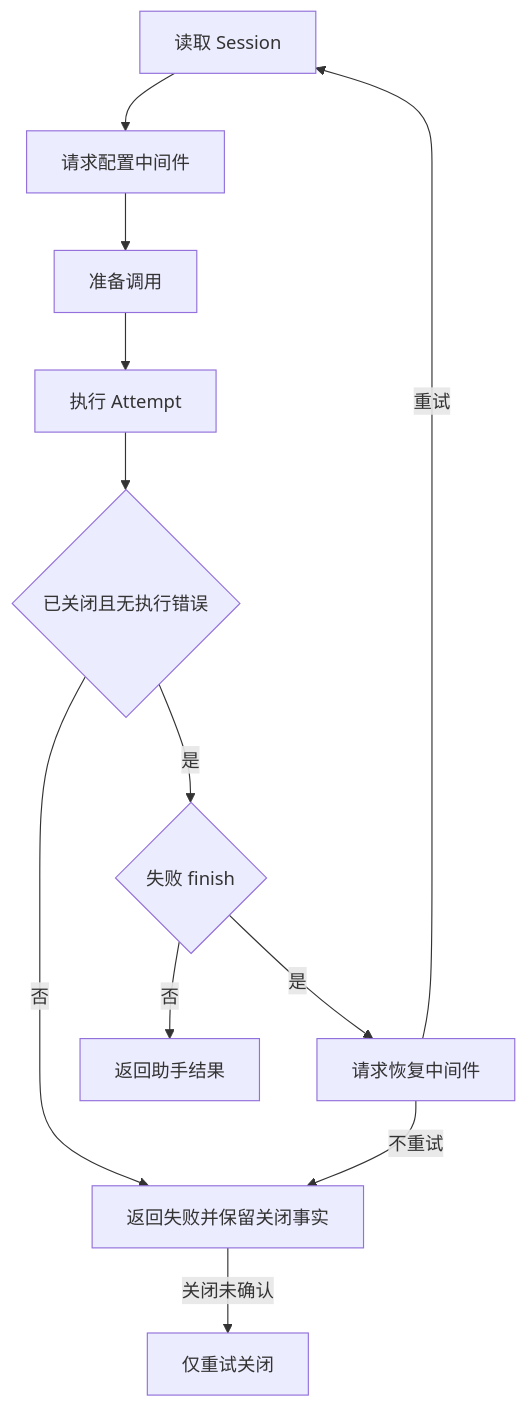
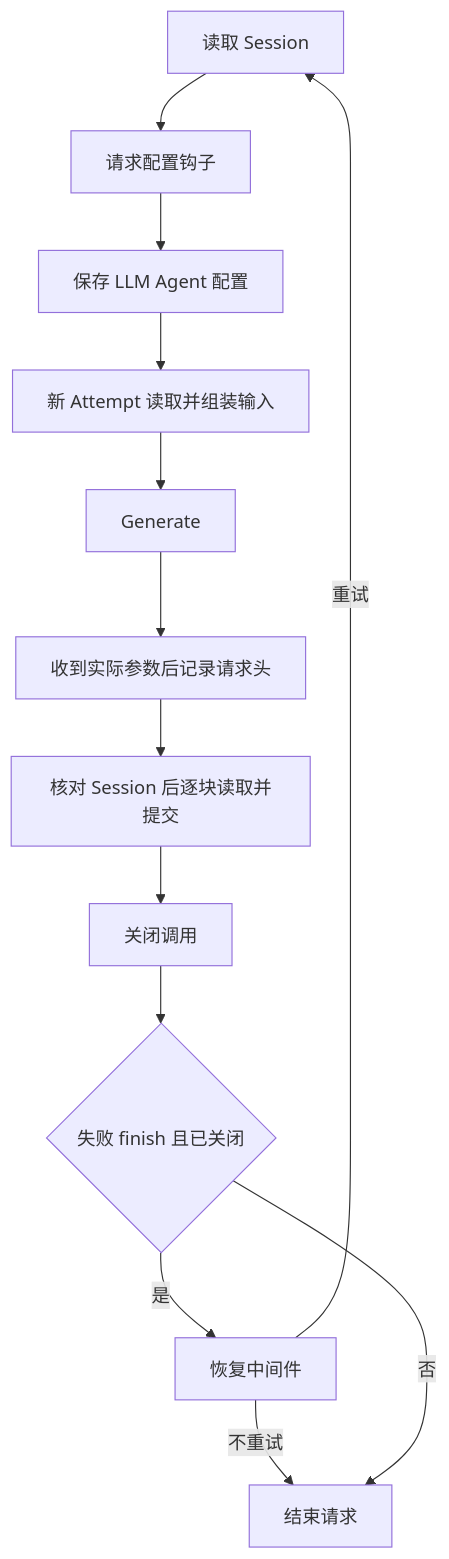
One commit to gorenx/goren changed the diagram in agentloop/internal/modelrequest/README.zh-CN.md. Above: the diagram before and after it, drawn with Mermaid. The commit also changed other lines of this file and 15 other files, not shown here.

````diff
--- a/agentloop/internal/modelrequest/README.zh-CN.md
+++ b/agentloop/internal/modelrequest/README.zh-CN.md
@@ -9,14 +11,15 @@
 ```mermaid
 flowchart TD
-    A[读取 Session] --> B[请求配置中间件]
-    B --> C[准备调用]
-    C --> D[执行 Attempt]
-    D --> E{已关闭且无执行错误}
-    E -->|否| F[返回失败并保留关闭事实]
-    E -->|是| G{失败 finish}
-    G -->|否| H[返回助手结果]
-    G -->|是| I[请求恢复中间件]
-    I -->|重试| A
-    I -->|不重试| F
-    F -->|关闭未确认| J[仅重试关闭]
+ A[读取 Session] --> B[请求配置钩子]
+ B --> C[保存 LLM Agent 配置]
+ C --> D[新 Attempt 读取并组装输入]
+ D --> E[Generate]
+ E --> F[收到实际参数后记录请求头]
+ F --> G[核对 Session 后逐块读取并提交]
+ G --> H[关闭调用]
+ H --> I{失败 finish 且已关闭}
+ I -->|是| J[恢复中间件]
+ J -->|重试| A
+ J -->|不重试| K[结束请求]
+ I -->|否| K
 ```
````
